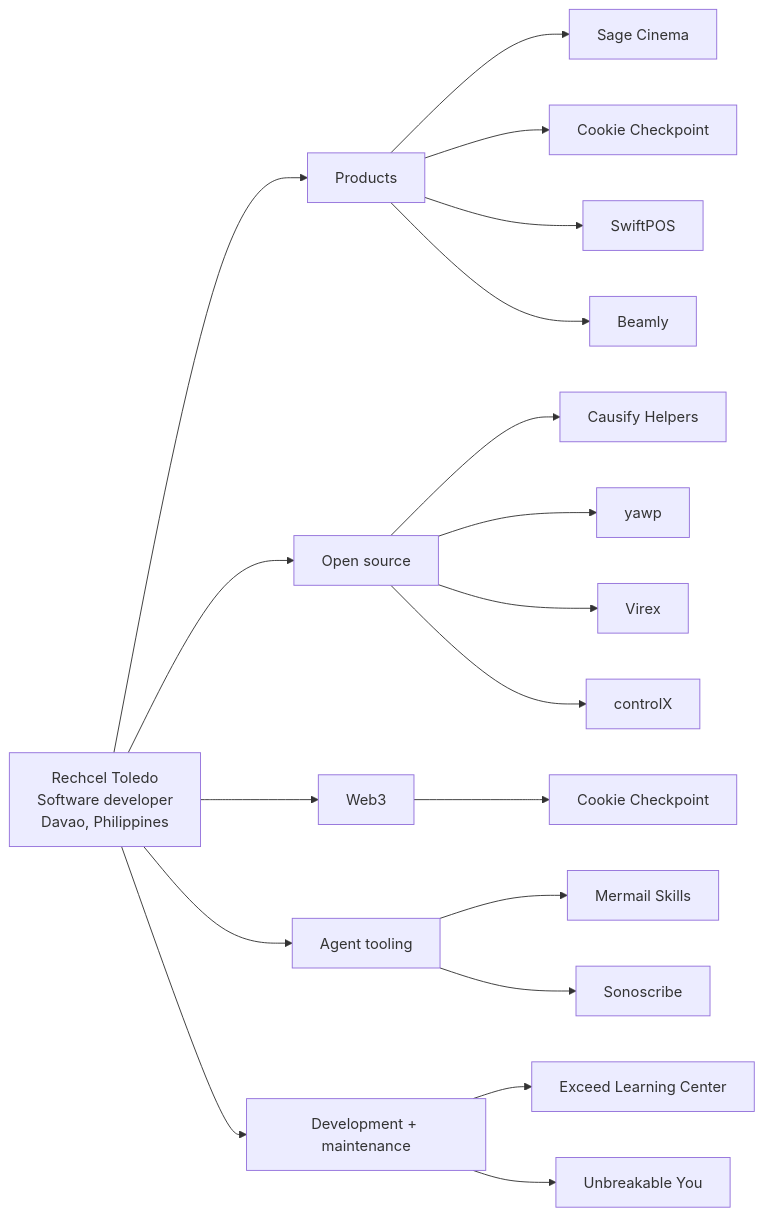
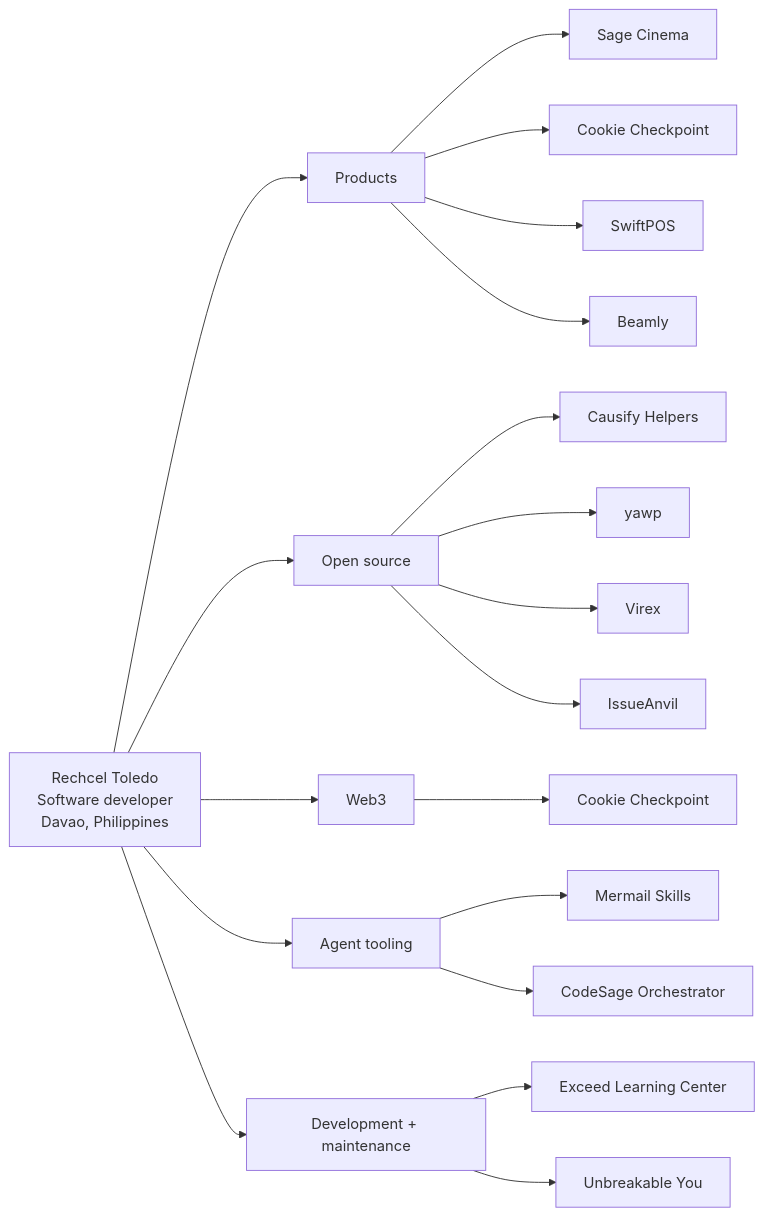
Before and after one commit to phcodesage/phcodesage.github.io: the diagram in README.md, drawn with Mermaid. The commit also changed other lines of this file and 11 other files, not shown here.

````diff
--- a/README.md
+++ b/README.md
@@ -58,22 +60,22 @@
 ```mermaid
 flowchart LR
     R[Rechcel Toledo<br/>Software developer<br/>Davao, Philippines]
     R --> P[Products]
     R --> O[Open source]
     R --> W[Web3]
     R --> A[Agent tooling]
     R --> M[Development + maintenance]
     P --> P1[Sage Cinema]
     P --> P2[Cookie Checkpoint]
     O --> O1[Causify Helpers]
     W --> W1[Cookie Checkpoint]
     A --> A1[Mermail Skills]
-    A --> A2[Sonoscribe]
+    A --> A2[CodeSage Orchestrator]
     M --> M1[Exceed Learning Center]
     M --> M2[Unbreakable You]
     P --> P3[SwiftPOS]
     P --> P4[Beamly]
     O --> O2[yawp]
     O --> O3[Virex]
-    O --> O4[controlX]
+    O --> O4[IssueAnvil]
 ```
````
